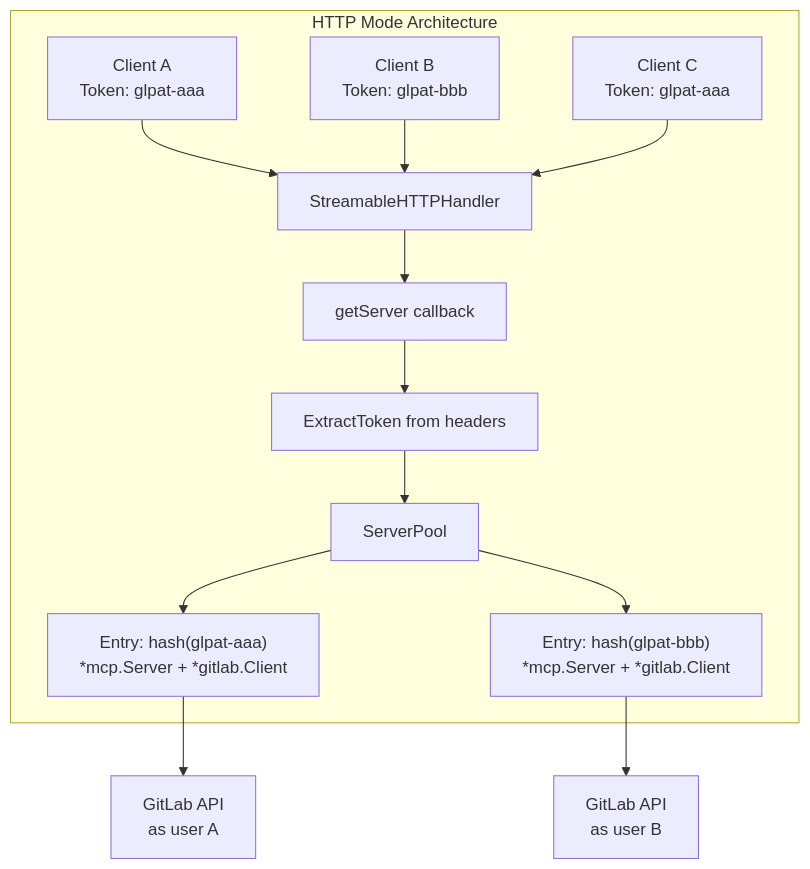
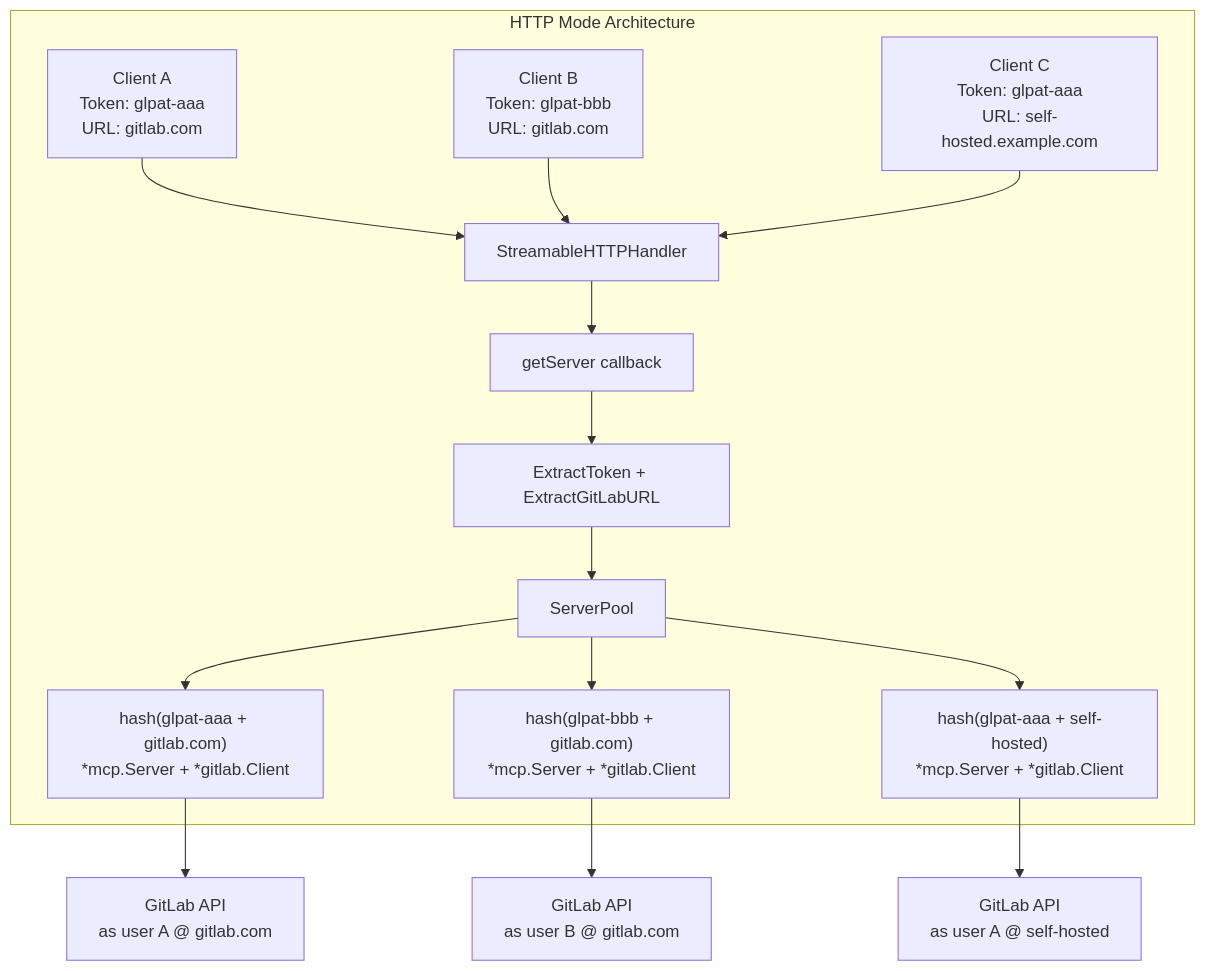
Before and after one commit to jmrplens/gitlab-mcp-server: the first of 3 diagrams in docs/http-server-mode.md, drawn with Mermaid. The commit also changed other lines of this file and 36 other files, not shown here.

First line of the commit message:
feat(http): support per-request GitLab URL via GITLAB-URL header and add --trusted-proxy-header (#26)

````diff
--- a/docs/http-server-mode.md
+++ b/docs/http-server-mode.md
@@ -64,18 +68,20 @@
 ```mermaid
 graph TD
     subgraph "HTTP Mode Architecture"
-        REQ1[Client A<br/>Token: glpat-aaa] --> HANDLER[StreamableHTTPHandler]
-        REQ2[Client B<br/>Token: glpat-bbb] --> HANDLER
-        REQ3[Client C<br/>Token: glpat-aaa] --> HANDLER
+        REQ1[Client A<br/>Token: glpat-aaa<br/>URL: gitlab.com] --> HANDLER[StreamableHTTPHandler]
+        REQ2[Client B<br/>Token: glpat-bbb<br/>URL: gitlab.com] --> HANDLER
+        REQ3[Client C<br/>Token: glpat-aaa<br/>URL: self-hosted.example.com] --> HANDLER
 
         HANDLER --> GS[getServer callback]
-        GS --> EXTRACT[ExtractToken from headers]
+        GS --> EXTRACT[ExtractToken + ExtractGitLabURL]
         EXTRACT --> POOL[ServerPool]
 
-        POOL --> ENTRY1["Entry: hash(glpat-aaa)<br/>*mcp.Server + *gitlab.Client"]
-        POOL --> ENTRY2["Entry: hash(glpat-bbb)<br/>*mcp.Server + *gitlab.Client"]
+        POOL --> ENTRY1["hash(glpat-aaa + gitlab.com)<br/>*mcp.Server + *gitlab.Client"]
+        POOL --> ENTRY2["hash(glpat-bbb + gitlab.com)<br/>*mcp.Server + *gitlab.Client"]
+        POOL --> ENTRY3["hash(glpat-aaa + self-hosted)<br/>*mcp.Server + *gitlab.Client"]
     end
 
-    ENTRY1 --> GL1[GitLab API<br/>as user A]
-    ENTRY2 --> GL2[GitLab API<br/>as user B]
+    ENTRY1 --> GL1[GitLab API<br/>as user A @ gitlab.com]
+    ENTRY2 --> GL2[GitLab API<br/>as user B @ gitlab.com]
+    ENTRY3 --> GL3[GitLab API<br/>as user A @ self-hosted]
 ```
````
